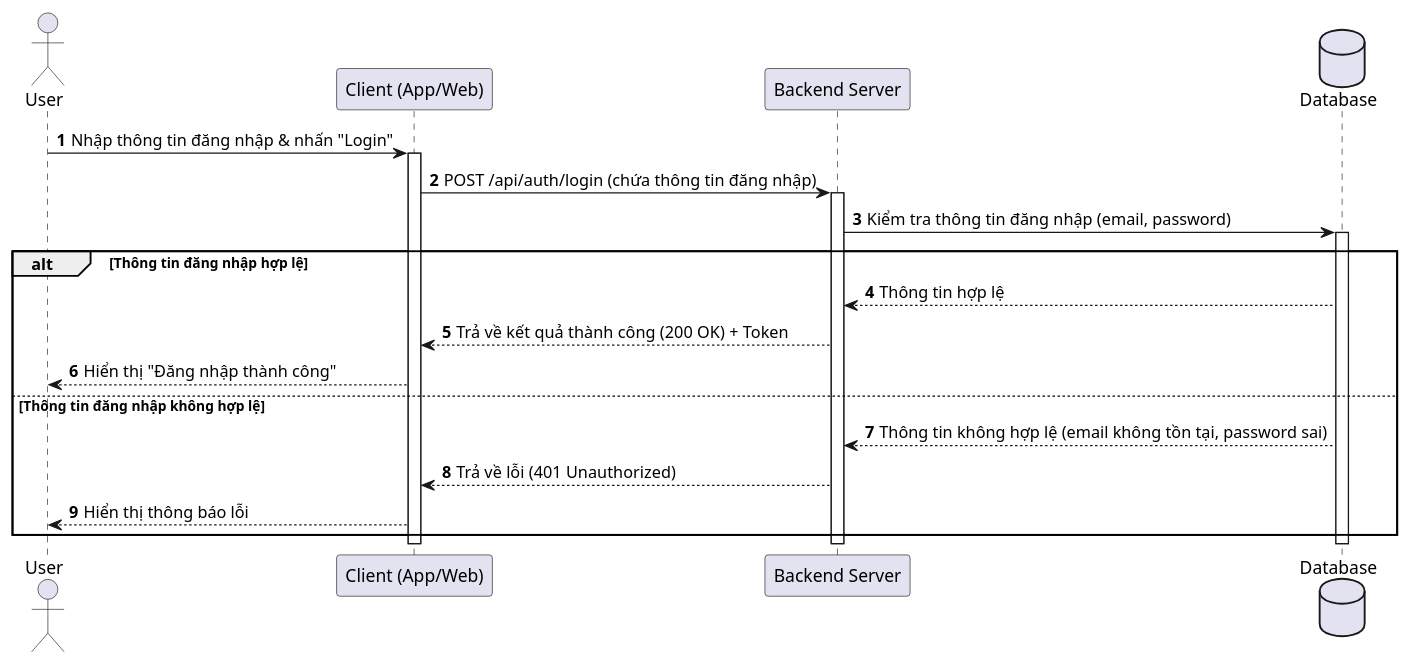
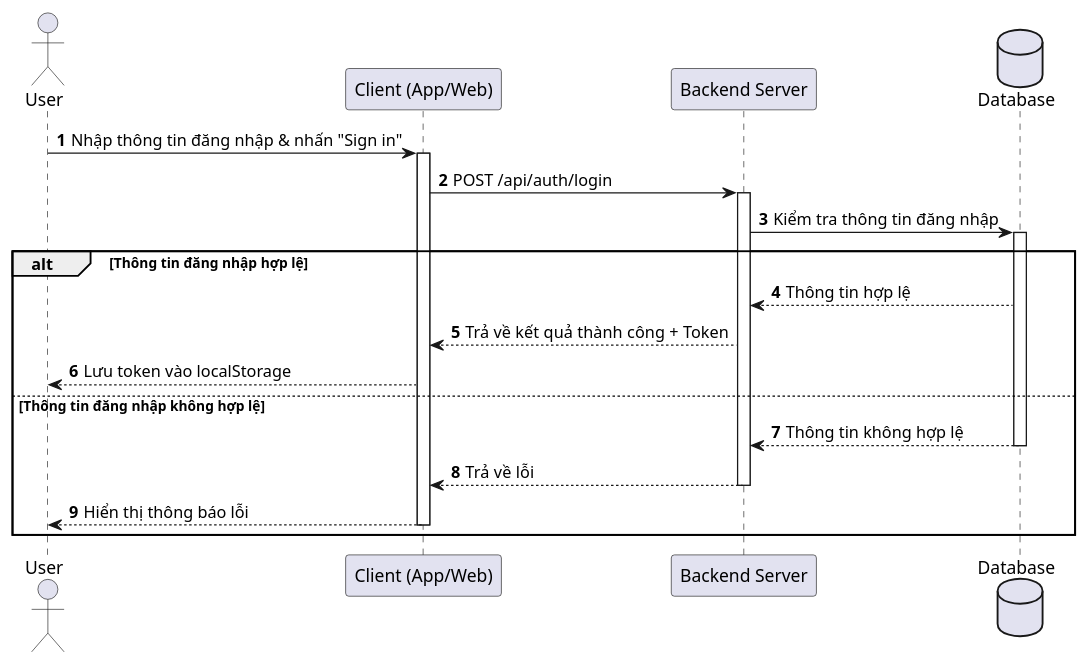
One commit to huycitEIU/eiu-archive-dev changed the diagram in docs/diagrams/sequence/user/login-user-seq.wsd. Above: the diagram before and after it, drawn with PlantUML. The commit also changed 7 other files, not shown here.

Commit message:
feat: update sequence diagrams for document operations and user authentication

```diff
--- a/docs/diagrams/sequence/user/login-user-seq.wsd
+++ b/docs/diagrams/sequence/user/login-user-seq.wsd
@@ -1,28 +1,28 @@
 @startuml LoginAccountSequence
     autonumber
     actor "User" as user
     participant "Client (App/Web)" as client
     participant "Backend Server" as server
     database "Database" as db
 
     ' User đăng nhập tài khoản
-    user -> client: Nhập thông tin đăng nhập & nhấn "Login"
+    user -> client: Nhập thông tin đăng nhập & nhấn "Sign in"
     activate client
-    client -> server: POST /api/auth/login (chứa thông tin đăng nhập)
+    client -> server: POST /api/auth/login
     activate server
-    server -> db: Kiểm tra thông tin đăng nhập (email, password)
+    server -> db: Kiểm tra thông tin đăng nhập
     activate db
     alt Thông tin đăng nhập hợp lệ
         db --> server: Thông tin hợp lệ
-        server --> client: Trả về kết quả thành công (200 OK) + Token
-        client --> user: Hiển thị "Đăng nhập thành công"
+        server --> client: Trả về kết quả thành công + Token
+        client --> user: Lưu token vào localStorage
     else Thông tin đăng nhập không hợp lệ
-        db --> server: Thông tin không hợp lệ (email không tồn tại, password sai)
-        server --> client: Trả về lỗi (401 Unauthorized)
+        db --> server: Thông tin không hợp lệ
+        deactivate db
+        server --> client: Trả về lỗi
+        deactivate server
         client --> user: Hiển thị thông báo lỗi
+        deactivate client
     end
-    deactivate db
-    deactivate server
-    deactivate client
 
 @enduml
```
